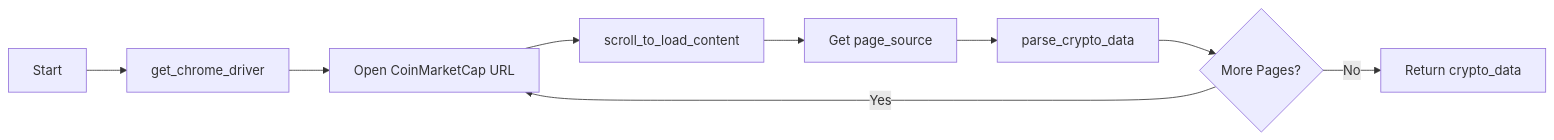
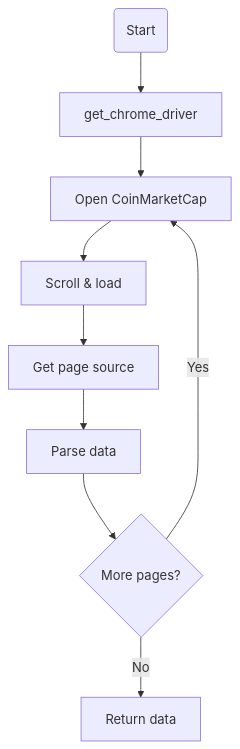
The diagram in ARCHITECTURE_Diagram.md (ZohaibJavaid32/coinmarket_scraping_project), drawn with Mermaid before and after one commit.

Commit message:
Update architecture diagram for clarity and style

````diff
--- a/ARCHITECTURE_Diagram.md
+++ b/ARCHITECTURE_Diagram.md
@@ -1,11 +1,11 @@
 ```mermaid
-flowchart LR
-    A[Start] --> B[get_chrome_driver]
-    B --> C[Open CoinMarketCap URL]
-    C --> D[scroll_to_load_content]
-    D --> E[Get page_source]
-    E --> F[parse_crypto_data]
-    F --> G{More Pages?}
+flowchart TD
+    A(Start) --> B[get_chrome_driver]
+    B --> C[Open CoinMarketCap]
+    C --> D[Scroll & load]
+    D --> E[Get page source]
+    E --> F[Parse data]
+    F --> G{More pages?}
     G -->|Yes| C
-    G -->|No| H[Return crypto_data]
+    G -->|No| H[Return data]
 ```
````
